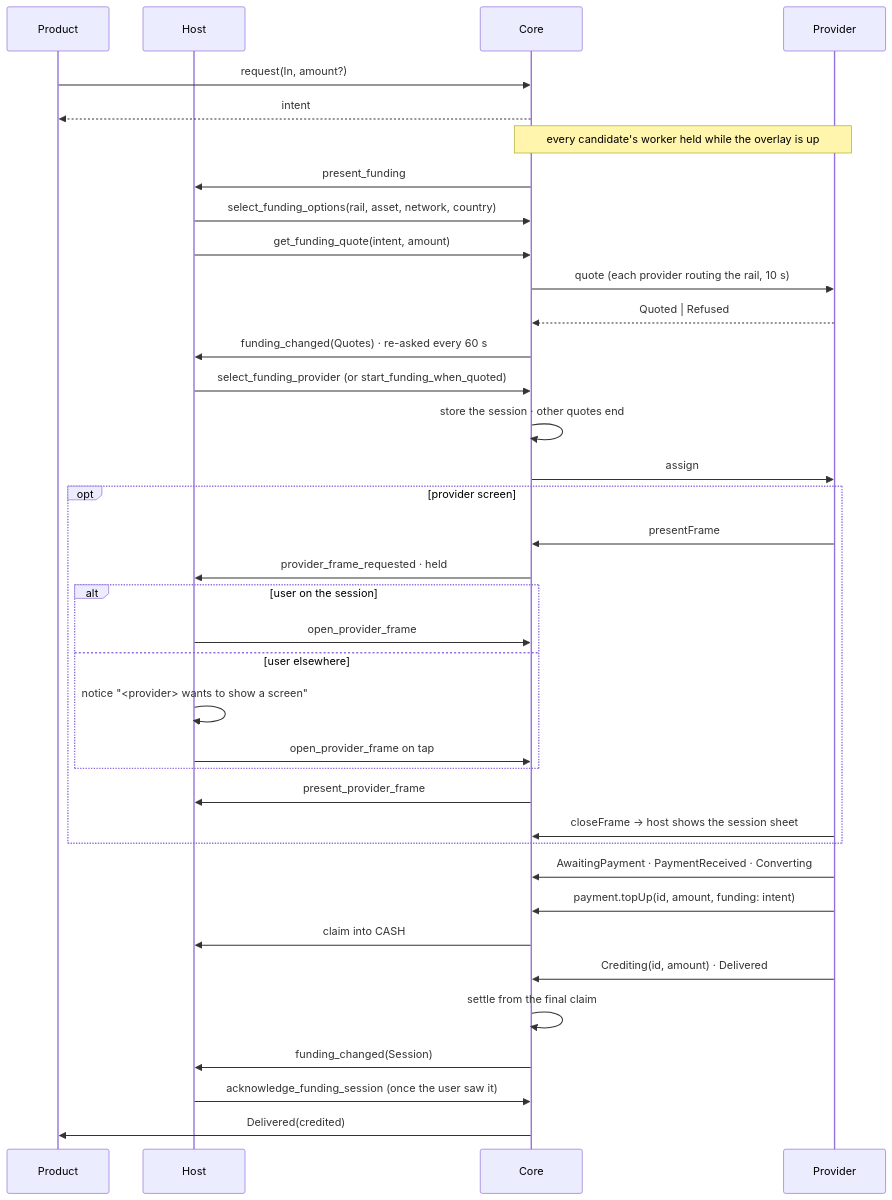
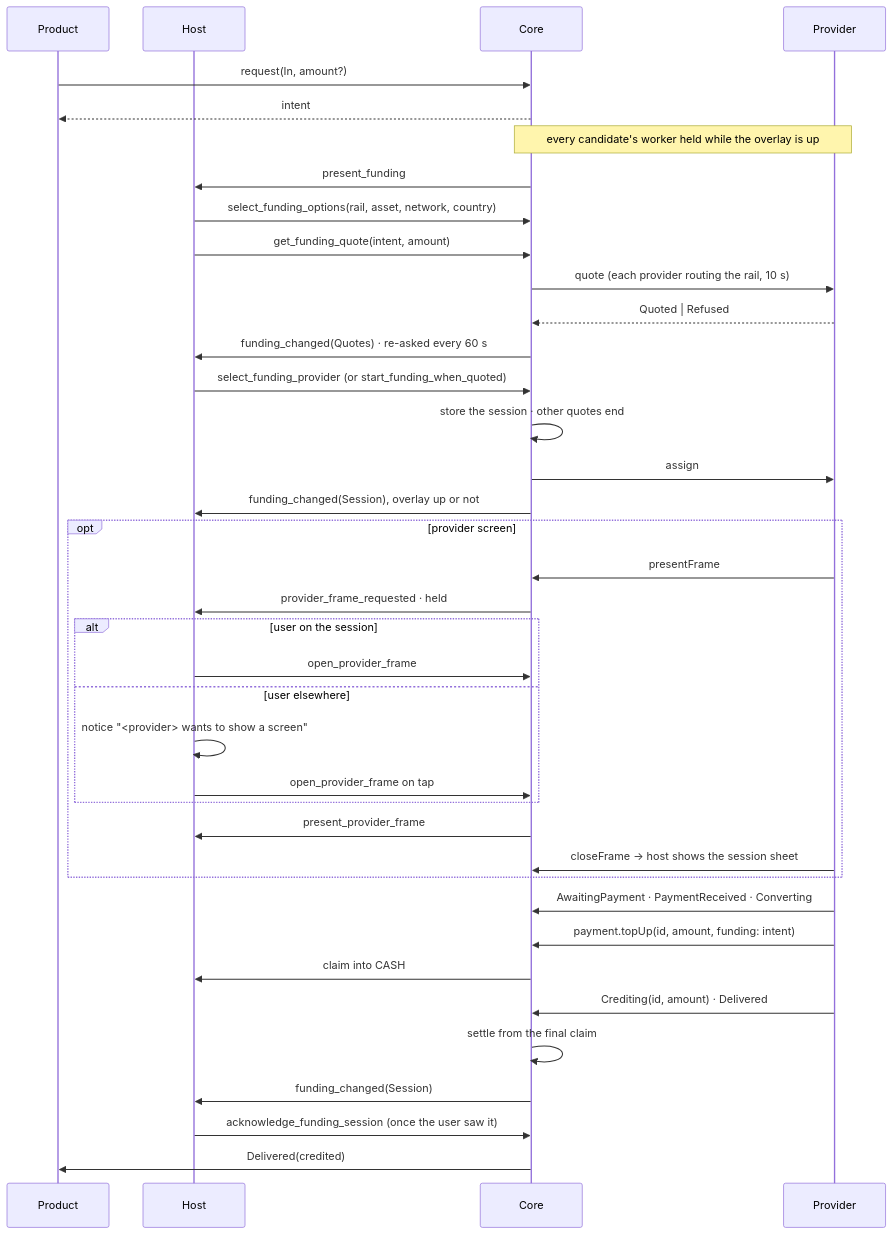
One commit to paritytech/trinity-user-agents changed the fourth of 10 diagrams in docs/design/funding-modality.md. Above: the diagram before and after it, drawn with Mermaid. The commit also changed other lines of this file and 1 other file, not shown here.

Commit message:
docs(design): funding docs match main

````diff
--- a/docs/design/funding-modality.md
+++ b/docs/design/funding-modality.md
@@ -107,39 +111,40 @@
 ```mermaid
 sequenceDiagram
   participant P as Product
   participant H as Host
   participant C as Core
   participant W as Provider
   P->>C: request(In, amount?)
   C-->>P: intent
   Note over C,W: every candidate's worker held while the overlay is up
   C->>H: present_funding
   H->>C: select_funding_options(rail, asset, network, country)
   H->>C: get_funding_quote(intent, amount)
   C->>W: quote (each provider routing the rail, 10 s)
   W-->>C: Quoted | Refused
   C->>H: funding_changed(Quotes) · re-asked every 60 s
   H->>C: select_funding_provider (or start_funding_when_quoted)
   C->>C: store the session · other quotes end
   C->>W: assign
+  C->>H: funding_changed(Session), overlay up or not
   opt provider screen
     W->>C: presentFrame
     C->>H: provider_frame_requested · held
     alt user on the session
       H->>C: open_provider_frame
     else user elsewhere
       H->>H: notice "<provider> wants to show a screen"
       H->>C: open_provider_frame on tap
     end
     C->>H: present_provider_frame
     W->>C: closeFrame → host shows the session sheet
   end
   W->>C: AwaitingPayment · PaymentReceived · Converting
   W->>C: payment.topUp(id, amount, funding: intent)
   C->>H: claim into CASH
   W->>C: Crediting(id, amount) · Delivered
   C->>C: settle from the final claim
   C->>H: funding_changed(Session)
   H->>C: acknowledge_funding_session (once the user saw it)
   C->>P: Delivered(credited)
 ```
````
